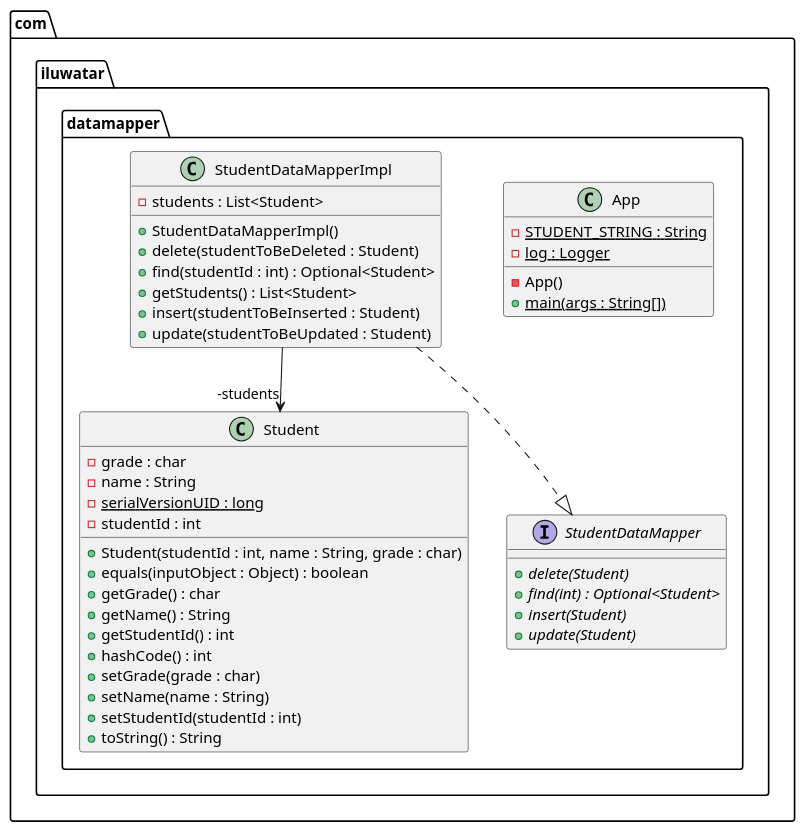
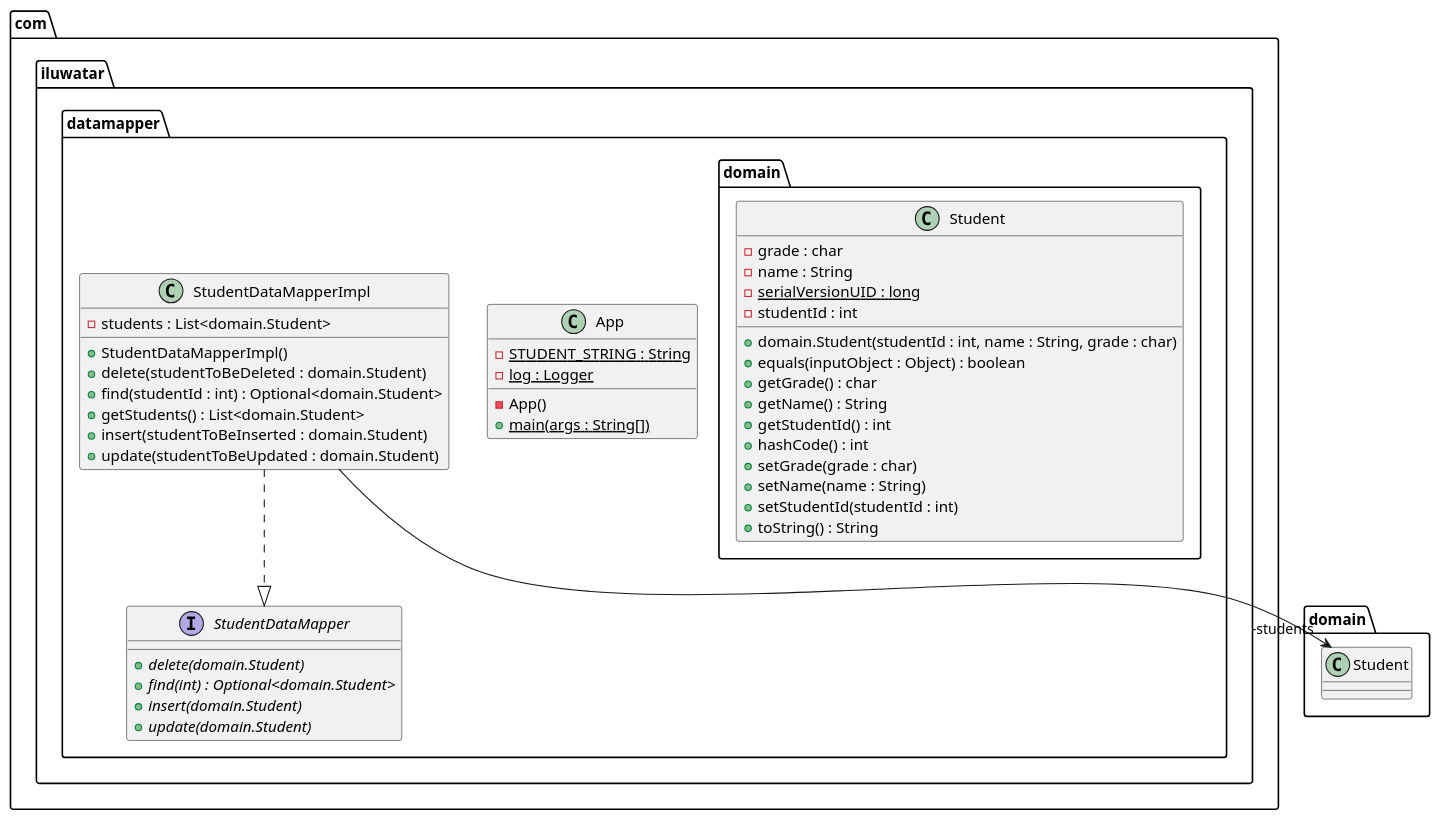
The diagram in data-mapper/etc/data-mapper.urm.puml (iluwatar/java-design-patterns), drawn with PlantUML before and after one commit. The commit also changed 18 other files, not shown here.

```diff
--- a/data-mapper/etc/data-mapper.urm.puml
+++ b/data-mapper/etc/data-mapper.urm.puml
@@ -1,43 +1,43 @@
 @startuml
 package com.iluwatar.datamapper {
   class App {
     - STUDENT_STRING : String {static}
     - log : Logger {static}
     - App()
     + main(args : String[]) {static}
   }
-  class Student {
+  class domain.Student {
     - grade : char
     - name : String
     - serialVersionUID : long {static}
     - studentId : int
-    + Student(studentId : int, name : String, grade : char)
+    + domain.Student(studentId : int, name : String, grade : char)
     + equals(inputObject : Object) : boolean
     + getGrade() : char
     + getName() : String
     + getStudentId() : int
     + hashCode() : int
     + setGrade(grade : char)
     + setName(name : String)
     + setStudentId(studentId : int)
     + toString() : String
   }
   interface StudentDataMapper {
-    + delete(Student) {abstract}
-    + find(int) : Optional<Student> {abstract}
-    + insert(Student) {abstract}
-    + update(Student) {abstract}
+    + delete(domain.Student) {abstract}
+    + find(int) : Optional<domain.Student> {abstract}
+    + insert(domain.Student) {abstract}
+    + update(domain.Student) {abstract}
   }
   class StudentDataMapperImpl {
-    - students : List<Student>
+    - students : List<domain.Student>
     + StudentDataMapperImpl()
-    + delete(studentToBeDeleted : Student)
-    + find(studentId : int) : Optional<Student>
-    + getStudents() : List<Student>
-    + insert(studentToBeInserted : Student)
-    + update(studentToBeUpdated : Student)
+    + delete(studentToBeDeleted : domain.Student)
+    + find(studentId : int) : Optional<domain.Student>
+    + getStudents() : List<domain.Student>
+    + insert(studentToBeInserted : domain.Student)
+    + update(studentToBeUpdated : domain.Student)
   }
 }
-StudentDataMapperImpl -->  "-students" Student
+StudentDataMapperImpl -->  "-students" domain.Student
 StudentDataMapperImpl ..|> StudentDataMapper 
 @enduml
```
